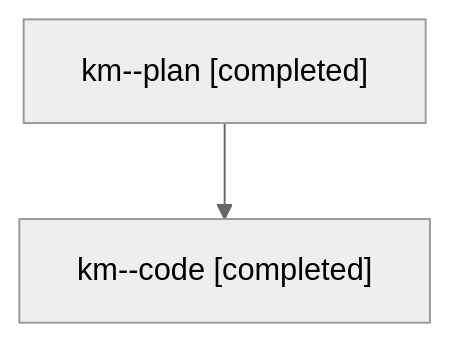
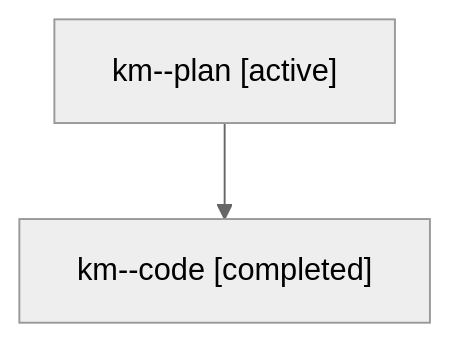
One commit to sase-org/sase--agents changed the diagram in families/bbugyi200.athena.km.md. Above: the diagram before and after it, drawn with Mermaid (neutral theme). The commit also changed other lines of this file and 8679 other files, not shown here.

````diff
--- a/families/bbugyi200.athena.km.md
+++ b/families/bbugyi200.athena.km.md
@@ -9,6 +9,6 @@
 ```mermaid
 flowchart TD
-  n0["km--plan [completed]"]
+  n0["km--plan [active]"]
   n1["km--code [completed]"]
   n0 --> n1
 ```
````
